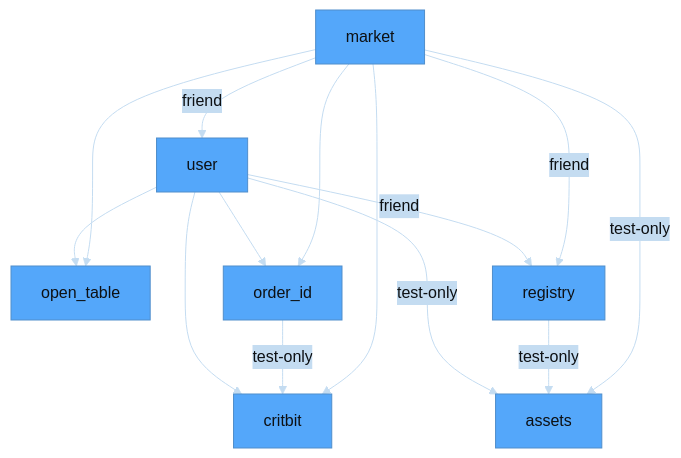
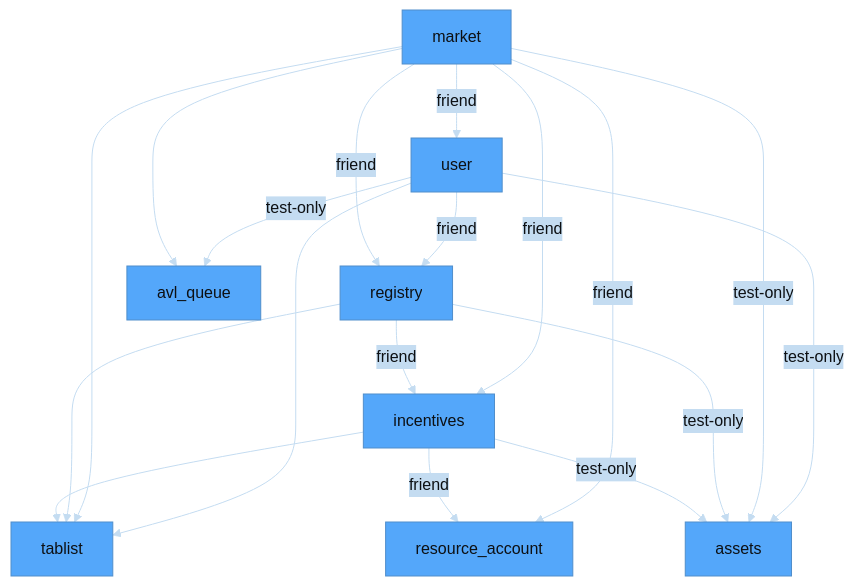
One commit to econia-labs/econia changed the diagram in doc/diagrams/src/modules.md. Above: the diagram before and after it, drawn with Mermaid.

Commit message:
Add module dependencies chart

````diff
--- a/doc/diagrams/src/modules.md
+++ b/doc/diagrams/src/modules.md
@@ -1,21 +1,28 @@
 ```mermaid
 
 %%{init: {'theme': 'base', 'themeVariables': {'primaryColor': '#54a7fa', 'lineColor': '#c4dcf1', 'primaryTextColor': '#0d1013', 'secondaryColor': '#c4dcf1'}}}%%
 
 flowchart TD
 
-    user --> critbit
-    user --> open_table
-    user --> order_id
-    user --> |friend| registry
-    user --> |test-only| assets
+    incentives --> tablist
+    incentives --> |friend| resource_account
+    incentives --> |test-only| assets
+
+    registry --> |friend| incentives
+    registry --> tablist
     registry --> |test-only| assets
-    order_id --> |test-only| critbit
-    market --> critbit
-    market --> open_table
-    market --> order_id
+
+    market --> avl_queue
+    market --> |friend| incentives
     market --> |friend| registry
+    market --> |friend| resource_account
+    market --> tablist
     market --> |friend| user
     market --> |test-only| assets
 
+    user --> |friend| registry
+    user --> tablist
+    user --> |test-only| assets
+    user --> |test-only| avl_queue
+
 ```
````
